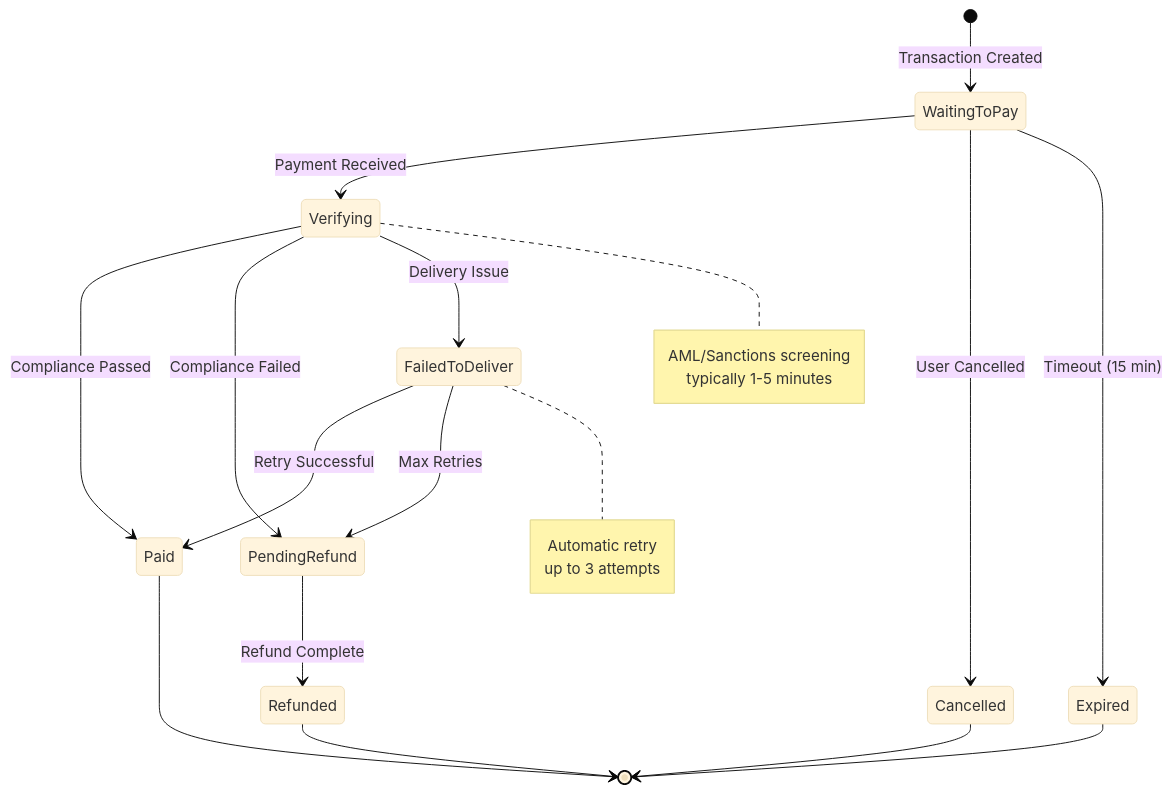
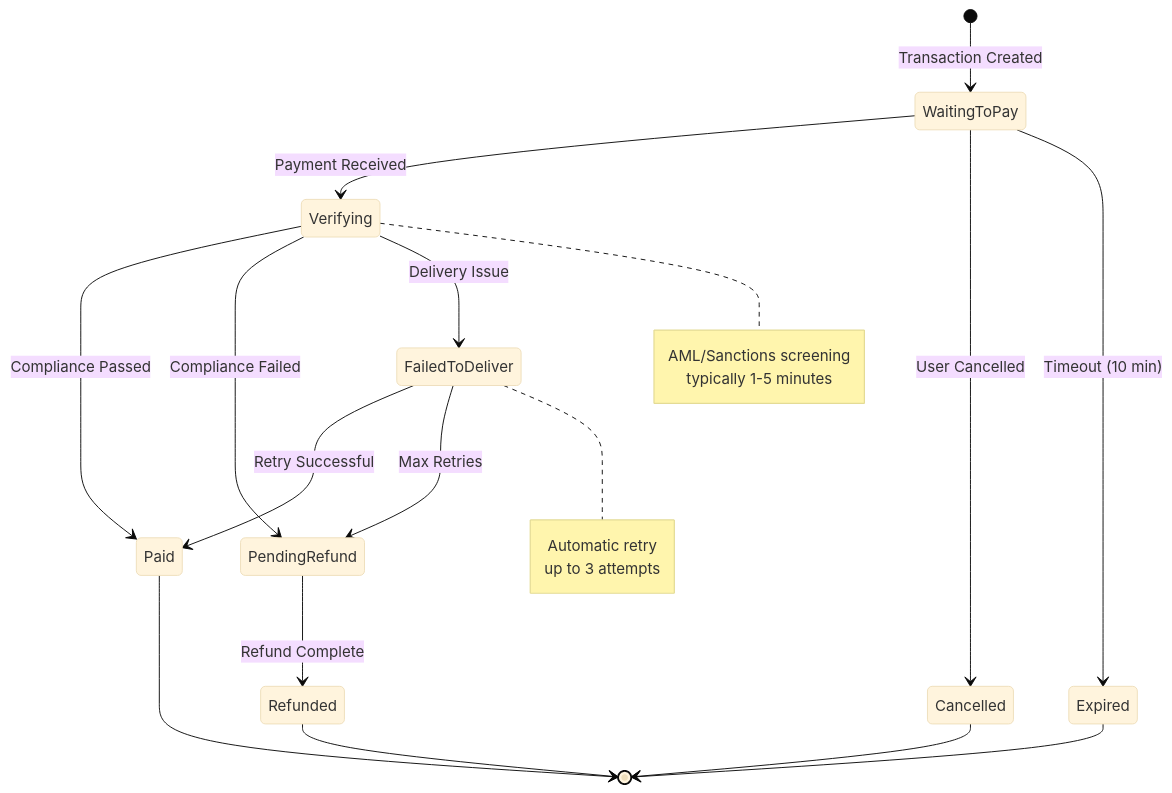
The first of 4 diagrams in remittance/transactions.mdx (trillionclues-fincode/docs), drawn with Mermaid (base theme) before and after one commit. The commit also changed 8 other files, not shown here.

````diff
--- a/remittance/transactions.mdx
+++ b/remittance/transactions.mdx
@@ -9,32 +9,32 @@
 ```mermaid
 stateDiagram-v2
     [*] --> WaitingToPay: Transaction Created
     
     WaitingToPay --> Verifying: Payment Received
     WaitingToPay --> Cancelled: User Cancelled
-    WaitingToPay --> Expired: Timeout (15 min)
+    WaitingToPay --> Expired: Timeout (10 min)
     
     Verifying --> Paid: Compliance Passed
     Verifying --> PendingRefund: Compliance Failed
     Verifying --> FailedToDeliver: Delivery Issue
     
     FailedToDeliver --> Paid: Retry Successful
     FailedToDeliver --> PendingRefund: Max Retries
     
     PendingRefund --> Refunded: Refund Complete
     
     Paid --> [*]
     Refunded --> [*]
     Cancelled --> [*]
     Expired --> [*]
     
     note right of Verifying
         AML/Sanctions screening
         typically 1-5 minutes
     end note
     
     note right of FailedToDeliver
         Automatic retry
         up to 3 attempts
     end note
 ```
````
